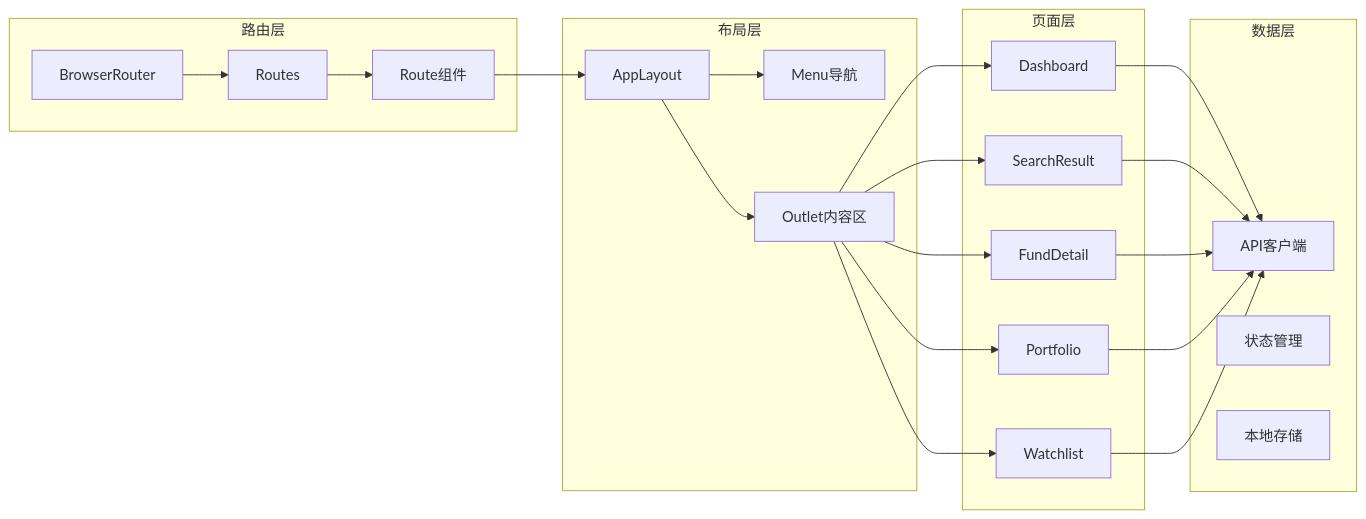
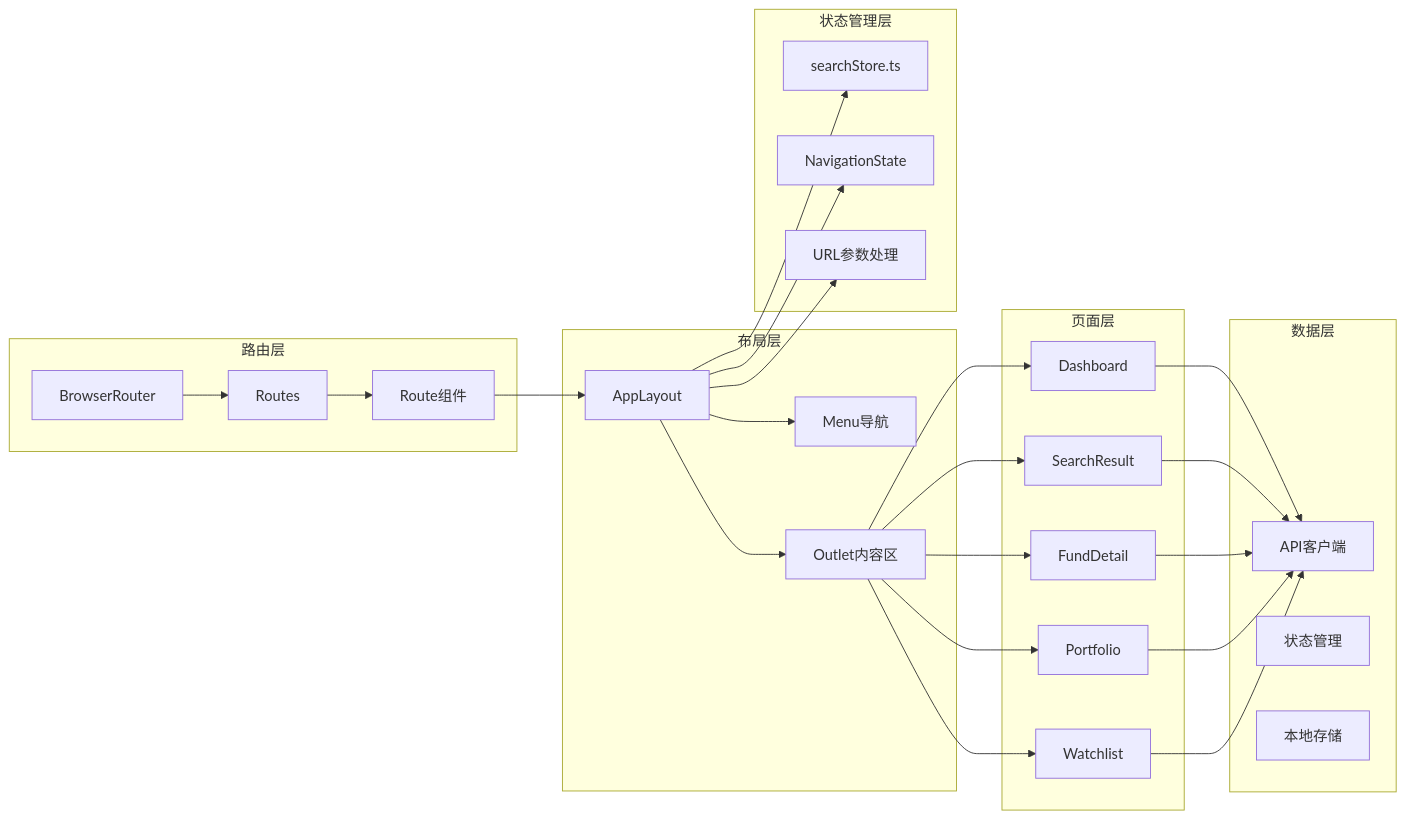
Before and after one commit to gree-coder/fund-butler: the fifth of 15 diagrams in .qoder/repowiki/zh/content/核心功能开发/SPA路由支持.md, drawn with Mermaid. The commit also changed other lines of this file and 12 other files, not shown here.

````diff
--- a/.qoder/repowiki/zh/content/核心功能开发/SPA路由支持.md
+++ b/.qoder/repowiki/zh/content/核心功能开发/SPA路由支持.md
@@ -176,39 +203,47 @@
 ```mermaid
 flowchart LR
 subgraph "路由层"
 R1[BrowserRouter]
 R2[Routes]
 R3[Route组件]
 end
 subgraph "布局层"
 L1[AppLayout]
 L2[Menu导航]
 L3[Outlet内容区]
 end
 subgraph "页面层"
 P1[Dashboard]
 P2[SearchResult]
 P3[FundDetail]
 P4[Portfolio]
 P5[Watchlist]
 end
+subgraph "状态管理层"
+D1[searchStore.ts]
+D2[NavigationState]
+D3[URL参数处理]
+end
 subgraph "数据层"
-D1[API客户端]
-D2[状态管理]
-D3[本地存储]
+D4[API客户端]
+D5[状态管理]
+D6[本地存储]
 end
 R1 --> R2 --> R3
 R3 --> L1
 L1 --> L2
 L1 --> L3
 L3 --> P1
 L3 --> P2
 L3 --> P3
 L3 --> P4
 L3 --> P5
-P1 --> D1
-P2 --> D1
-P3 --> D1
-P4 --> D1
-P5 --> D1
+P1 --> D4
+P2 --> D4
+P3 --> D4
+P4 --> D4
+P5 --> D4
+L1 --> D1
+L1 --> D2
+L1 --> D3
 ```
````
